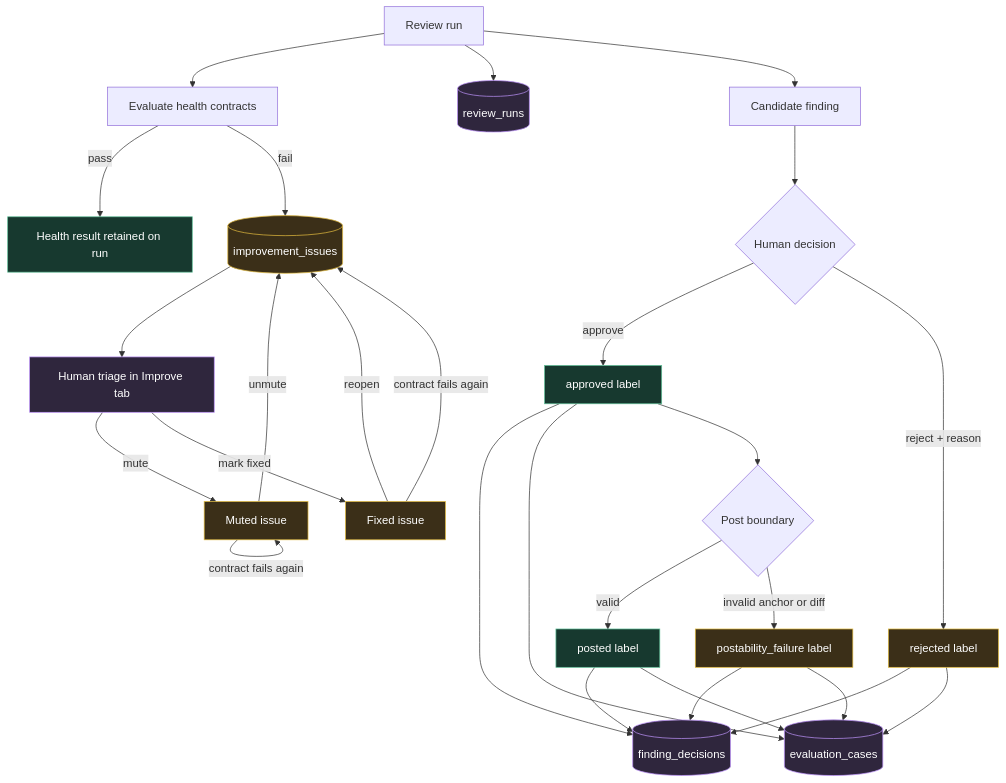
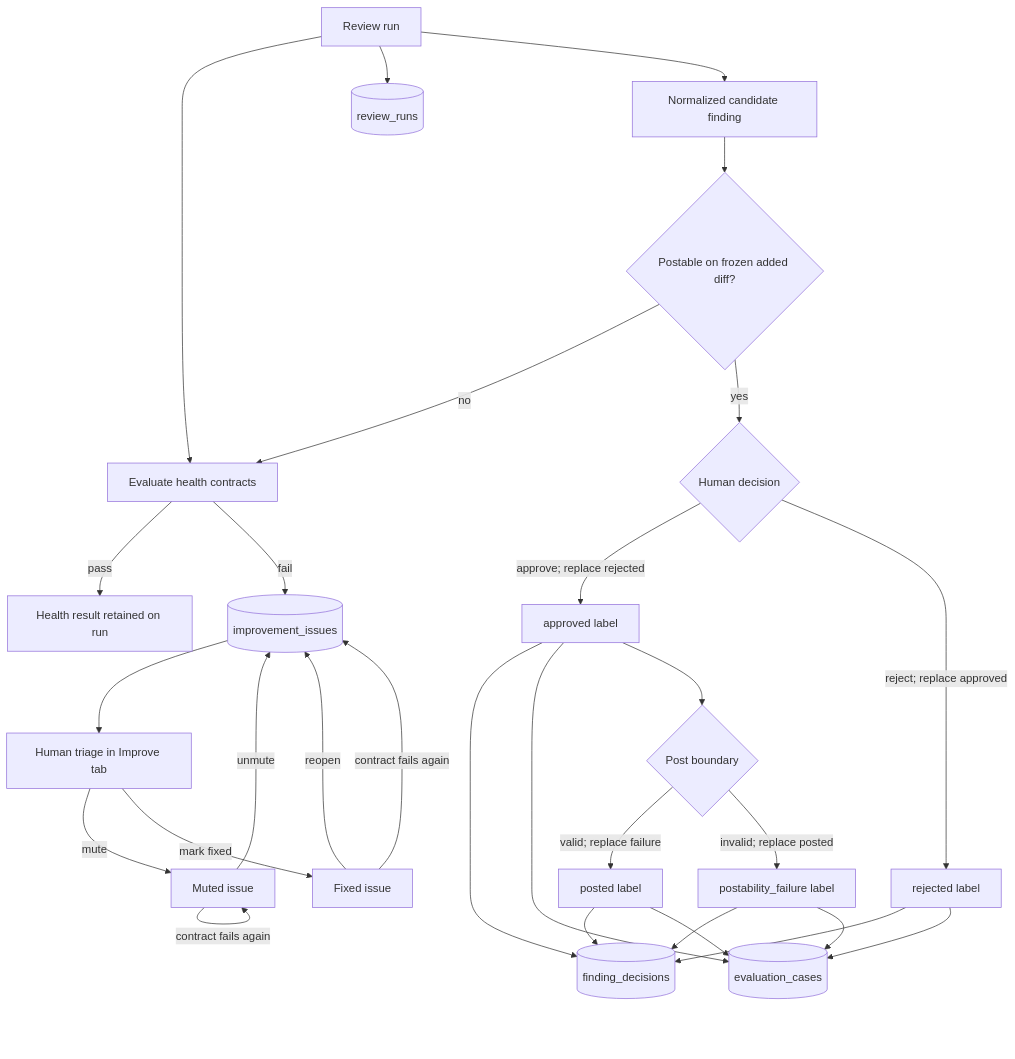
Before and after one commit to chatkausik/Quorum-Code-Review-Deep-Agent: the fifth of 6 diagrams in docs/OPERATIONS_GUIDE.md, drawn with Mermaid. The commit also changed other lines of this file and 33 other files, not shown here.

````diff
--- a/docs/OPERATIONS_GUIDE.md
+++ b/docs/OPERATIONS_GUIDE.md
@@ -265,36 +304,31 @@
 ```mermaid
 flowchart TD
     Run[Review run] --> Contract[Evaluate health contracts]
     Run --> RunStore[(review_runs)]
-    Run --> Candidate[Candidate finding]
+    Run --> Candidate[Normalized candidate finding]
+    Candidate --> Frozen{Postable on frozen added diff?}
+    Frozen -->|no| Contract
+    Frozen -->|yes| Human{Human decision}
     Contract -->|pass| Healthy[Health result retained on run]
     Contract -->|fail| Issue[(improvement_issues)]
-    Candidate --> Human{Human decision}
-    Human -->|approve| Approved[approved label]
-    Human -->|reject + reason| Rejected[rejected label]
+    Human -->|approve; replace rejected| Approved[approved label]
+    Human -->|reject; replace approved| Rejected[rejected label]
     Approved --> Decisions[(finding_decisions)]
     Rejected --> Decisions
     Approved --> Eval[(evaluation_cases)]
     Rejected --> Eval
     Approved --> Boundary{Post boundary}
-    Boundary -->|valid| Posted[posted label]
-    Boundary -->|invalid anchor or diff| Failed[postability_failure label]
+    Boundary -->|valid; replace failure| Posted[posted label]
+    Boundary -->|invalid; replace posted| Failed[postability_failure label]
     Posted --> Decisions
     Failed --> Decisions
     Posted --> Eval
     Failed --> Eval
     Issue --> Triage[Human triage in Improve tab]
     Triage -->|mute| Muted[Muted issue]
     Triage -->|mark fixed| Fixed[Fixed issue]
     Muted -->|unmute| Issue
     Fixed -->|reopen| Issue
     Fixed -->|contract fails again| Issue
     Muted -->|contract fails again| Muted
-
-    classDef healthy fill:#17392f,stroke:#5fbf97,color:#fff;
-    classDef warn fill:#3b2f18,stroke:#e3bc3f,color:#fff;
-    classDef data fill:#2f263d,stroke:#bd93f9,color:#fff;
-    class Healthy,Approved,Posted healthy;
-    class Issue,Rejected,Failed,Muted,Fixed warn;
-    class RunStore,Decisions,Eval,Triage data;
 ```
````
